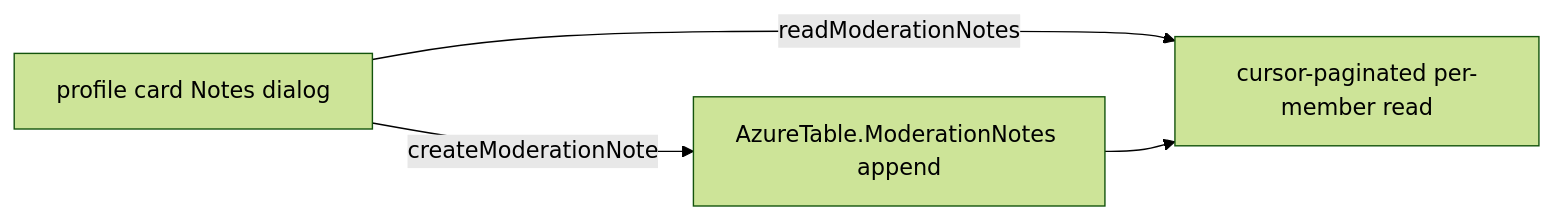
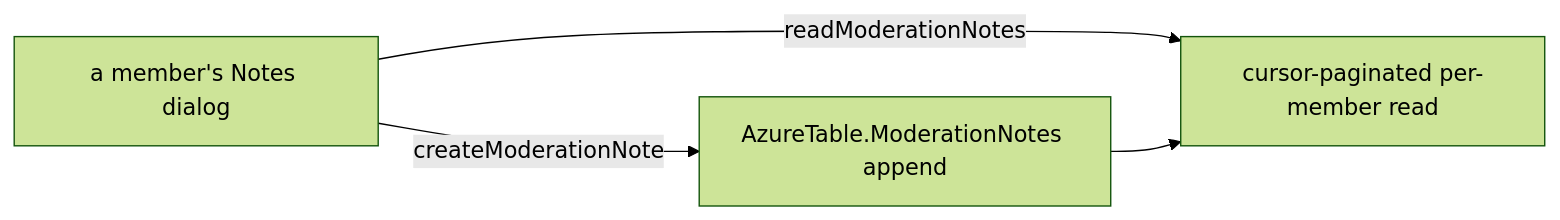
One commit to Esposter/Esposter changed the diagram in apps/web/content/docs/esbabbler/moderator-notes.md. Above: the diagram before and after it, drawn with Mermaid (forest theme). The commit also changed other lines of this file and 11 other files, not shown here.

````diff
--- a/apps/web/content/docs/esbabbler/moderator-notes.md
+++ b/apps/web/content/docs/esbabbler/moderator-notes.md
@@ -14,6 +14,6 @@
 ```mermaid
 flowchart LR
-  N["profile card Notes dialog"] -->|createModerationNote| W["AzureTable.ModerationNotes append"]
+  N["a member's Notes dialog"] -->|createModerationNote| W["AzureTable.ModerationNotes append"]
   N -->|readModerationNotes| R["cursor-paginated per-member read"]
   W --> R
 ```
````
